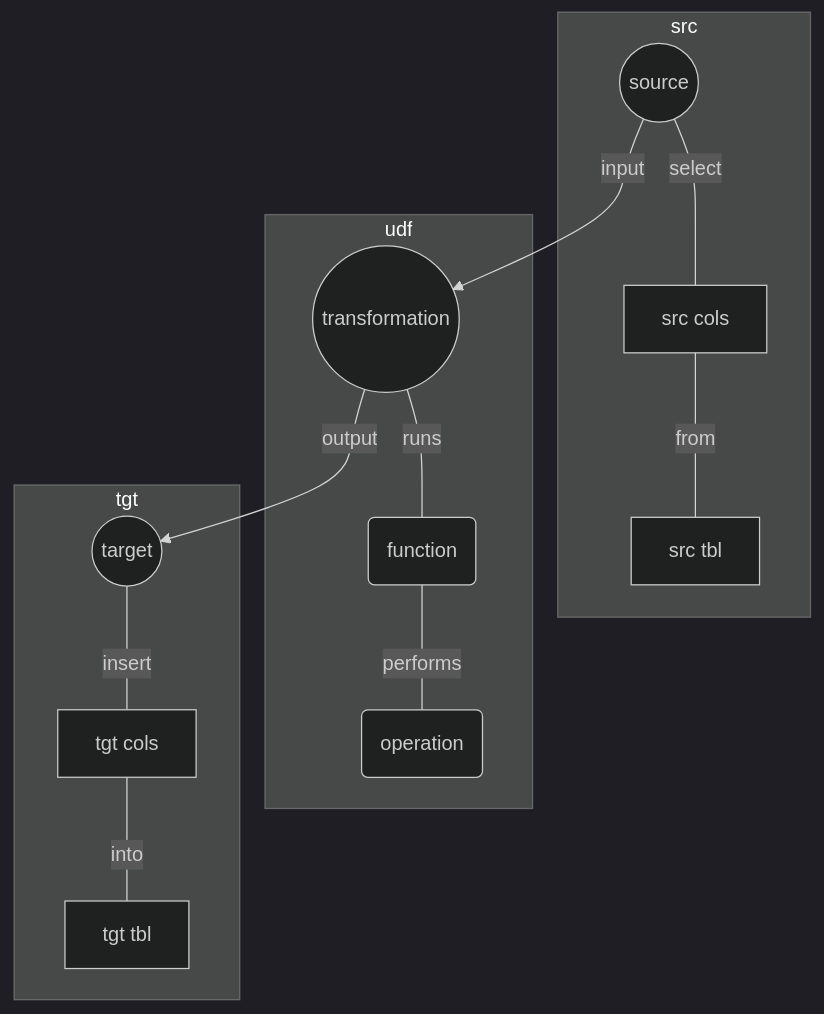
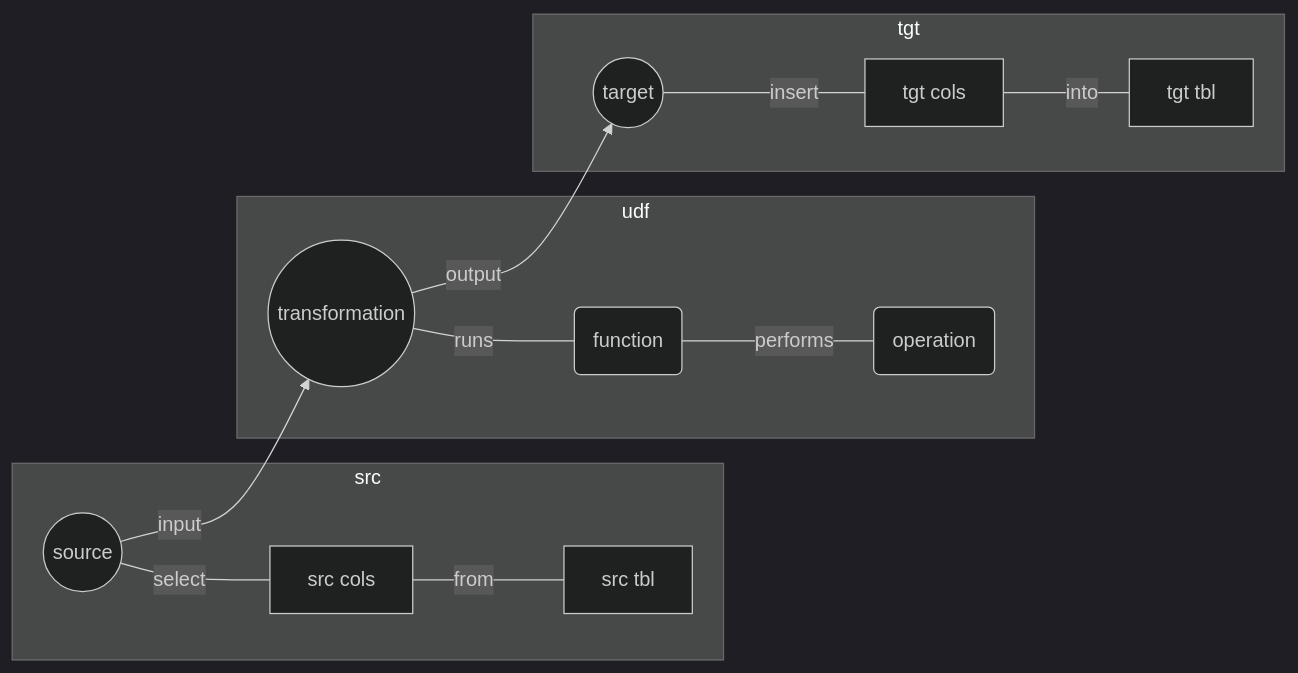
One commit to Heinzad/heinzad.github.io changed the first of 3 diagrams in _posts/2022-11-02-column-transformations-with-t-sql.md. Above: the diagram before and after it, drawn with Mermaid (dark theme).

````diff
--- a/_posts/2022-11-02-column-transformations-with-t-sql.md
+++ b/_posts/2022-11-02-column-transformations-with-t-sql.md
@@ -33,17 +33,17 @@
 ```mermaid 
-graph TD; 
+graph LR; 
 S((source)) -- input --> X((transformation))  
 X -- output --> T((target)) 
 subgraph src 
 S -- select --- SC[src cols] 
 SC -- from --- ST[src tbl] 
 end 
 subgraph udf 
 X -- runs --- XF(function) 
 XF -- performs --- XO(operation) 
 end 
 subgraph tgt 
 T -- insert --- TC[tgt cols]  
 TC -- into --- TT[tgt tbl] 
 end 
 ``` 
````
